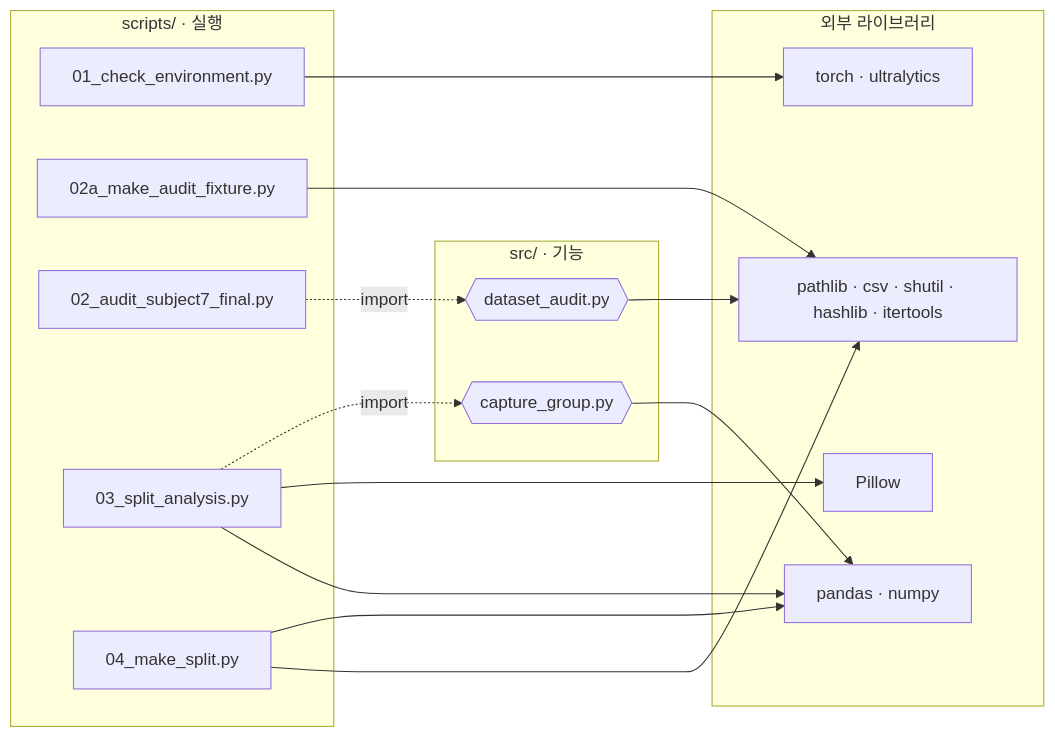
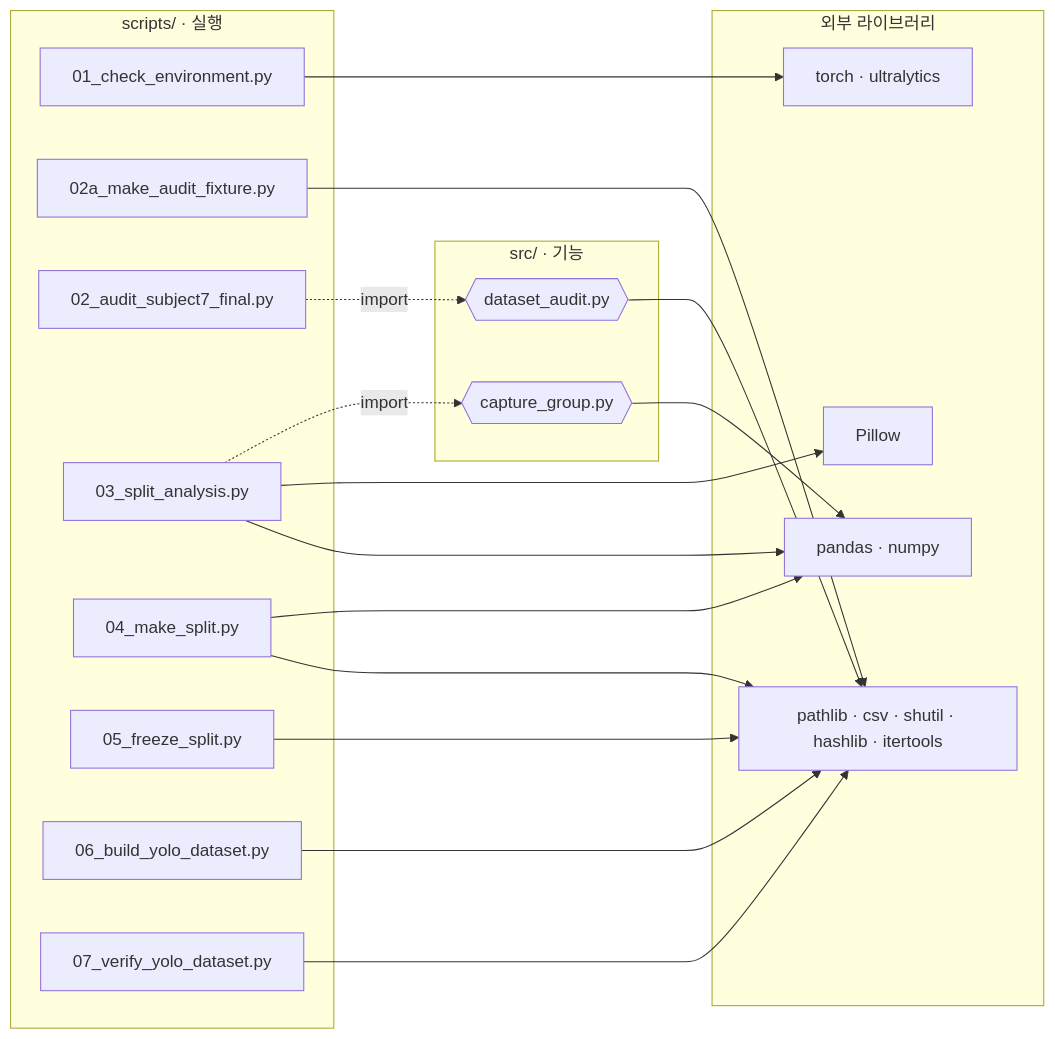
Before and after one commit to howolcat/prj2026.10: the second of 2 diagrams in prj08/docs/code_flow.md, drawn with Mermaid. The commit also changed other lines of this file and 3 other files, not shown here.

Commit message:
docs : README.md 수정, docs/code_flow.md 수정, docs/code_review/README.md 수정, docs/code_review/scripts/06_build_yolo_dataset.md 추가

````diff
--- a/prj08/docs/code_flow.md
+++ b/prj08/docs/code_flow.md
@@ -119,31 +154,37 @@
 ```mermaid
 flowchart LR
     subgraph SRC["src/ · 기능"]
         DA{{"dataset_audit.py"}}
         CG{{"capture_group.py"}}
     end
     subgraph SCR["scripts/ · 실행"]
         S01["01_check_environment.py"]
         S02A["02a_make_audit_fixture.py"]
         S02["02_audit_subject7_final.py"]
         S03["03_split_analysis.py"]
         S04["04_make_split.py"]
+        S05["05_freeze_split.py"]
+        S06["06_build_yolo_dataset.py"]
+        S07["07_verify_yolo_dataset.py"]
     end
     subgraph LIB["외부 라이브러리"]
         T["torch · ultralytics"]
         PD["pandas · numpy"]
         PIL["Pillow"]
         STD["pathlib · csv · shutil · hashlib · itertools"]
     end
 
     S01 --> T
     S02 -.->|import| DA
     S03 -.->|import| CG
     S03 --> PIL
     S03 --> PD
     S04 --> PD
     S04 --> STD
+    S05 --> STD
+    S06 --> STD
+    S07 --> STD
     S02A --> STD
     DA --> STD
     CG --> PD
 ```
````
